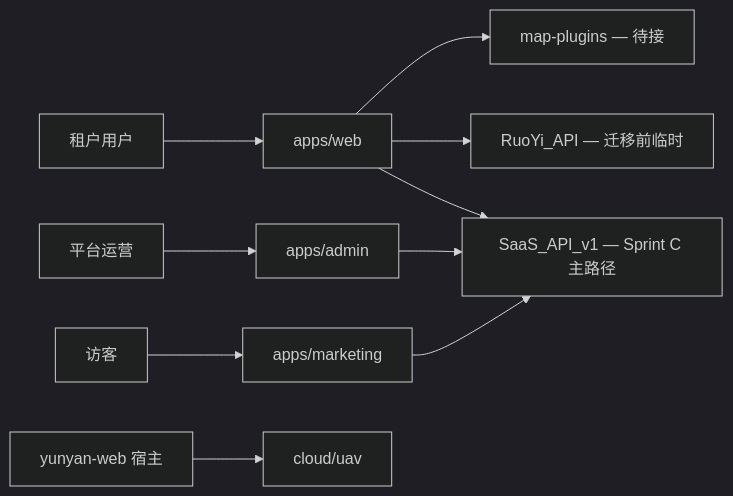
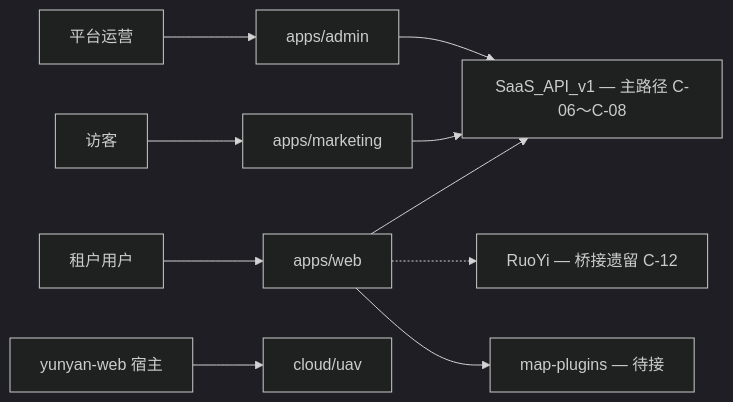
Before and after one commit to dujiaoai/map-design: the diagram in docs/architecture/README.md, drawn with Mermaid (dark theme). The commit also changed other lines of this file and 29 other files, not shown here.

````diff
--- a/docs/architecture/README.md
+++ b/docs/architecture/README.md
@@ -15,12 +15,12 @@
 ```mermaid
 flowchart LR
   User[租户用户] --> Web[apps/web]
   Visitor[访客] --> Marketing[apps/marketing]
   Operator[平台运营] --> Admin[apps/admin]
-  Web --> RuoYi[RuoYi_API — 迁移前临时]
-  Web --> SaaSAPI[SaaS_API_v1 — Sprint C 主路径]
+  Web --> SaaSAPI[SaaS_API_v1 — 主路径 C-06～C-08]
+  Web -.-> RuoYi[RuoYi — 桥接遗留 C-12]
   Admin --> SaaSAPI
   Marketing --> SaaSAPI
   Web --> MapPlugins[map-plugins — 待接]
   YunyanWeb[yunyan-web 宿主] --> CloudUAV[cloud/uav]
 ```
````
